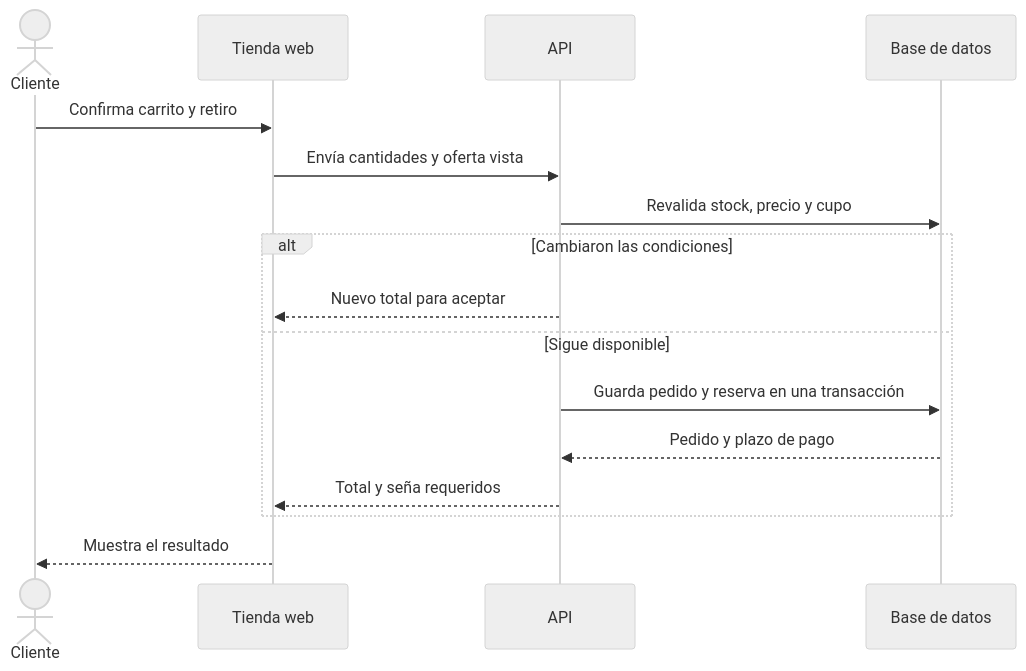
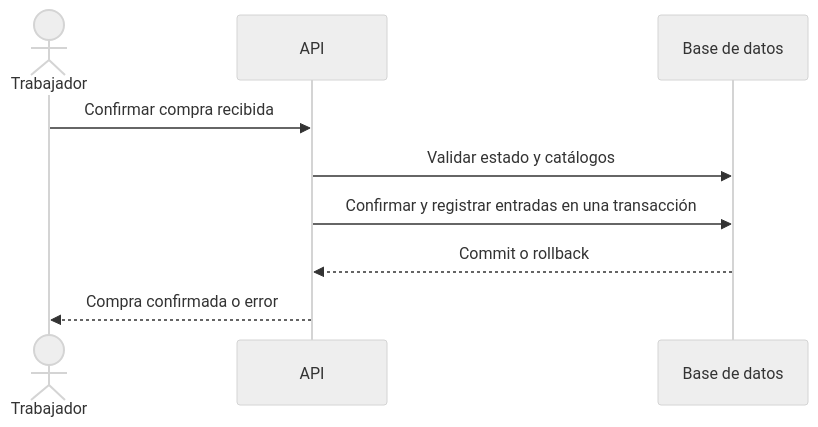
Before and after one commit to Jorge10192/TP-Programacion2-UNSAM-2C2026: the third of 4 diagrams in Proyecto-3-AppAdmin-Mascotas/Ingenieria de Software/Documentacion.md, drawn with Mermaid (neutral theme). The commit also changed other lines of this file and 69 other files, not shown here.

````diff
--- a/Proyecto-3-AppAdmin-Mascotas/Ingenieria de Software/Documentacion.md
+++ b/Proyecto-3-AppAdmin-Mascotas/Ingenieria de Software/Documentacion.md
@@ -116,19 +67,11 @@
 ```mermaid
 sequenceDiagram
-    actor C as Cliente
-    participant W as Tienda web
+    actor T as Trabajador
     participant A as API
     participant D as Base de datos
-
-    C->>W: Confirma carrito y retiro
-    W->>A: Envía cantidades y oferta vista
-    A->>D: Revalida stock, precio y cupo
-    alt Cambiaron las condiciones
-        A-->>W: Nuevo total para aceptar
-    else Sigue disponible
-        A->>D: Guarda pedido y reserva en una transacción
-        D-->>A: Pedido y plazo de pago
-        A-->>W: Total y seña requeridos
-    end
-    W-->>C: Muestra el resultado
+    T->>A: Confirmar compra recibida
+    A->>D: Validar estado y catálogos
+    A->>D: Confirmar y registrar entradas en una transacción
+    D-->>A: Commit o rollback
+    A-->>T: Compra confirmada o error
 ```
````
